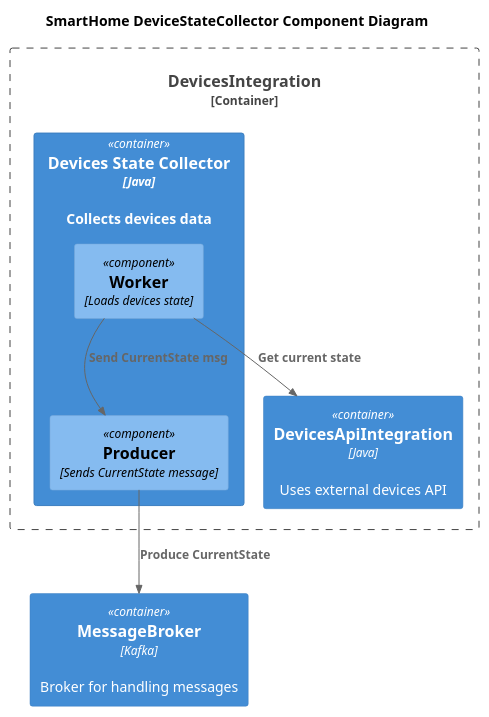
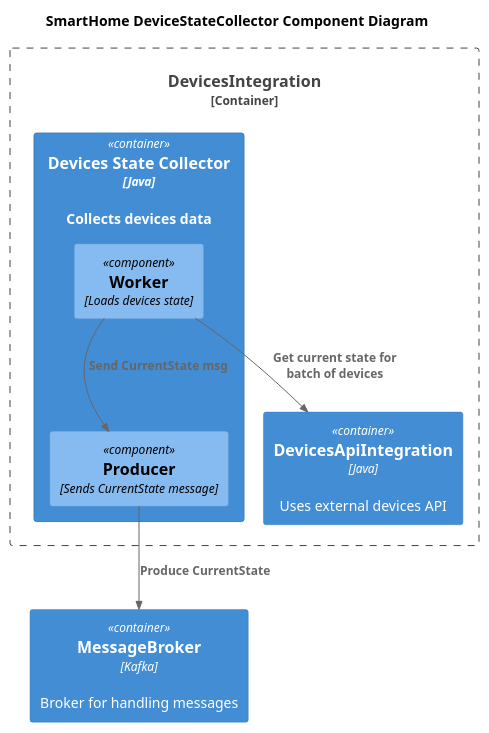
Before and after one commit to etloreq/yandex-practicum-arch-tasks: the diagram in sprint3/SmartHome_Component_DeviceStateCollector.puml, drawn with PlantUML. The commit also changed 15 other files, not shown here.

```diff
--- a/sprint3/SmartHome_Component_DeviceStateCollector.puml
+++ b/sprint3/SmartHome_Component_DeviceStateCollector.puml
@@ -1,23 +1,23 @@
 @startuml
 title SmartHome DeviceStateCollector Component Diagram
 
 !include C4_Component.puml
 
 Container_Boundary(DevicesIntegration, "DevicesIntegration") {
   Container(DevicesApiIntegration, "DevicesApiIntegration", "Java", "Uses external devices API")
   Container(DevicesStateCollector, "Devices State Collector", "Java", "Collects devices data")
 }
 
 Container(MessageBroker, "MessageBroker", "Kafka", "Broker for handling messages")
 
 Container(DevicesStateCollector, "DevicesStateCollector", "Java", "Collects devices data") {
     Component(Worker, "Worker", "Loads devices state")
     Component(Producer, "Producer", "Sends CurrentState message")
 }
 
 Rel(Producer, MessageBroker, "Produce CurrentState")
-Rel(Worker, DevicesApiIntegration, "Get current state")
+Rel(Worker, DevicesApiIntegration, "Get current state for batch of devices")
 Rel(Worker, Producer, "Send CurrentState msg")
 
 
 @enduml
```
